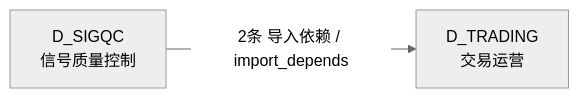
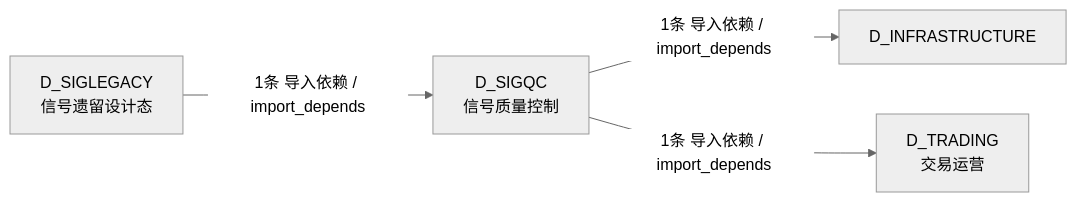
The third of 3 diagrams in docs/02_enterprise_architecture/02_domain_architecture_docs/56_d_sigqc.md (xuanFelixVan/ZephyrAlpha), drawn with Mermaid (neutral theme) before and after one commit. The commit also changed other lines of this file and 126 other files, not shown here.

````diff
--- a/docs/02_enterprise_architecture/02_domain_architecture_docs/56_d_sigqc.md
+++ b/docs/02_enterprise_architecture/02_domain_architecture_docs/56_d_sigqc.md
@@ -152,6 +160,10 @@
 ```mermaid
 graph LR
     D_SIGQC["D_SIGQC<br/>信号质量控制"]
+    D_INFRASTRUCTURE["D_INFRASTRUCTURE"]
     D_TRADING["D_TRADING<br/>交易运营"]
-    D_SIGQC -->|2条 导入依赖 / import_depends| D_TRADING
+    D_SIGLEGACY["D_SIGLEGACY<br/>信号遗留设计态"]
+    D_SIGQC -->|1条 导入依赖 / import_depends| D_INFRASTRUCTURE
+    D_SIGQC -->|1条 导入依赖 / import_depends| D_TRADING
+    D_SIGLEGACY -->|1条 导入依赖 / import_depends| D_SIGQC
 ```
````
